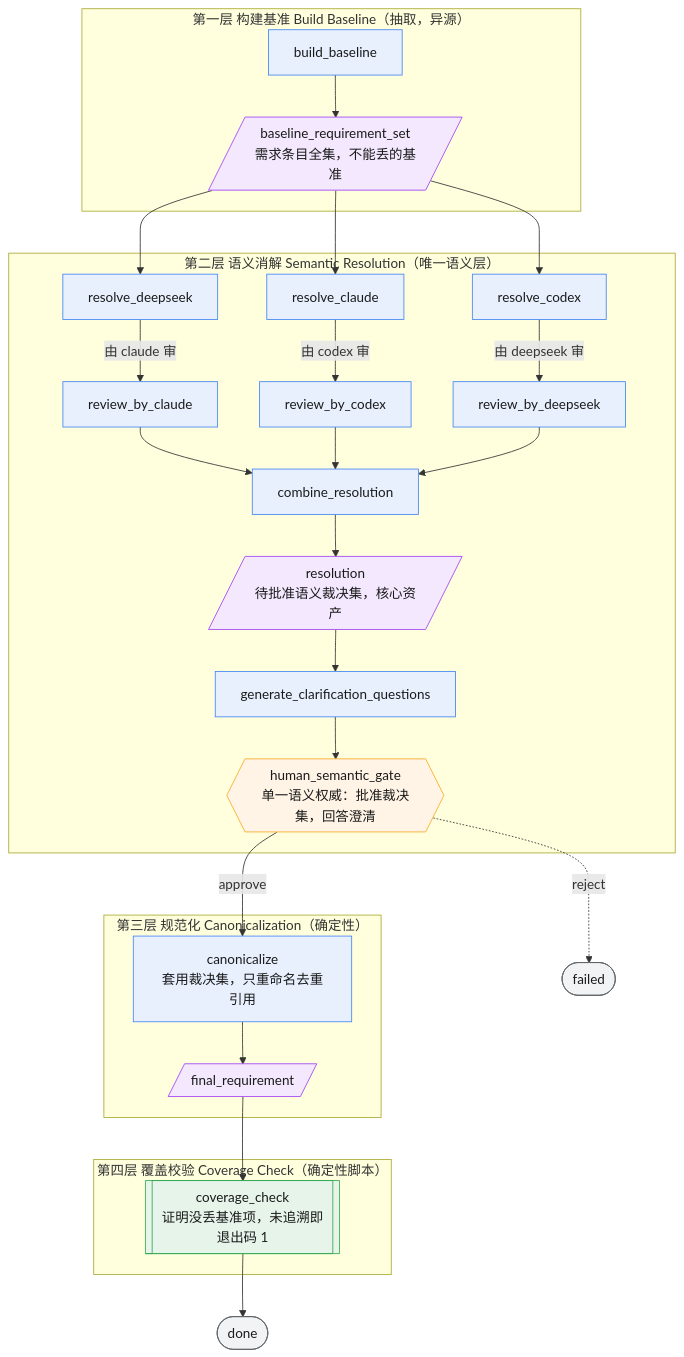
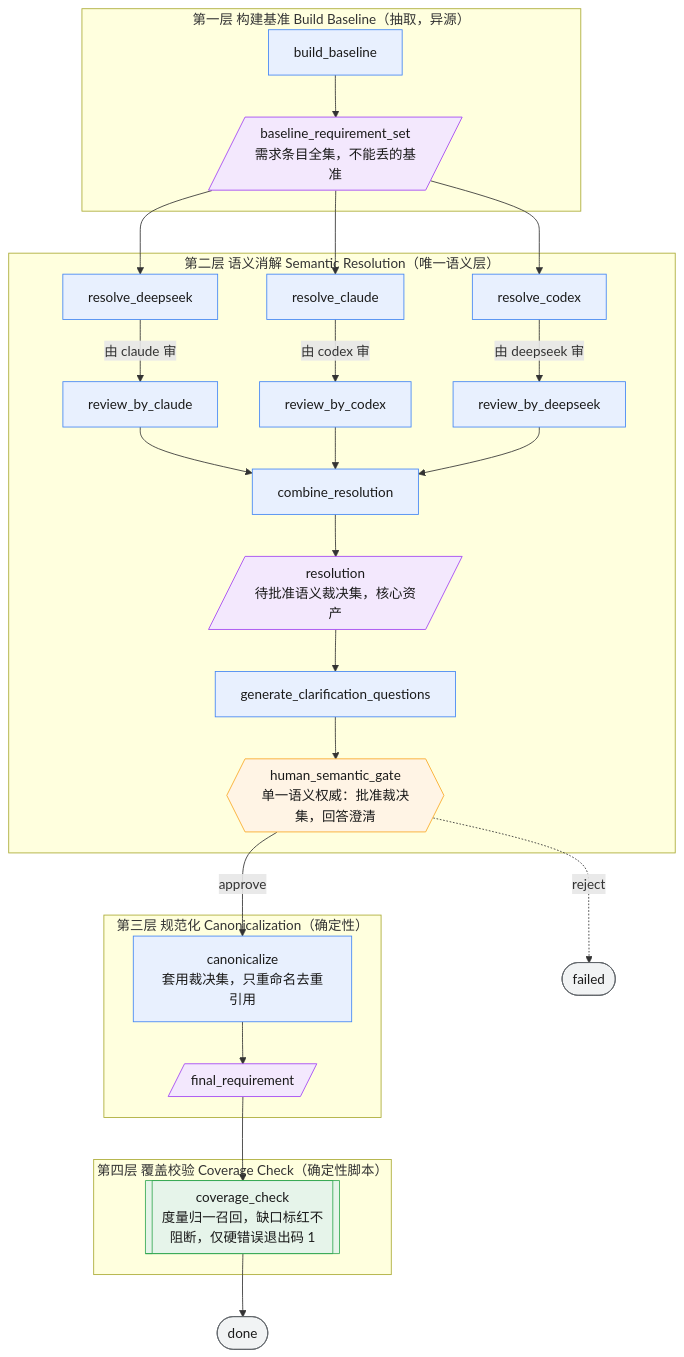
Before and after one commit to fengxinyhyl/agent-workflow: the diagram in workflows/requirement-understanding/README.md, drawn with Mermaid. The commit also changed other lines of this file and 18 other files, not shown here.

````diff
--- a/workflows/requirement-understanding/README.md
+++ b/workflows/requirement-understanding/README.md
@@ -27,57 +27,57 @@
 ```mermaid
 flowchart TD
     subgraph L1["第一层 构建基准 Build Baseline（抽取，异源）"]
         BB["build_baseline"]
         BRS[/"baseline_requirement_set<br/>需求条目全集，不能丢的基准"/]
         BB --> BRS
     end
 
     subgraph L2["第二层 语义消解 Semantic Resolution（唯一语义层）"]
         RD["resolve_deepseek"]
         RC["resolve_claude"]
         RX["resolve_codex"]
         RVC["review_by_claude"]
         RVX["review_by_codex"]
         RVD["review_by_deepseek"]
         CR["combine_resolution"]
         RES[/"resolution<br/>待批准语义裁决集，核心资产"/]
         GCQ["generate_clarification_questions"]
         HG{{"human_semantic_gate<br/>单一语义权威：批准裁决集，回答澄清"}}
         RD -->|"由 claude 审"| RVC
         RC -->|"由 codex 审"| RVX
         RX -->|"由 deepseek 审"| RVD
         RVC --> CR
         RVX --> CR
         RVD --> CR
         CR --> RES --> GCQ --> HG
     end
 
     subgraph L3["第三层 规范化 Canonicalization（确定性）"]
         CANON["canonicalize<br/>套用裁决集，只重命名去重引用"]
         FR[/"final_requirement"/]
         CANON --> FR
     end
 
     subgraph L4["第四层 覆盖校验 Coverage Check（确定性脚本）"]
-        COV[["coverage_check<br/>证明没丢基准项，未追溯即退出码 1"]]
+        COV[["coverage_check<br/>度量归一召回，缺口标红不阻断，仅硬错误退出码 1"]]
     end
 
     BRS --> RD
     BRS --> RC
     BRS --> RX
     HG -->|"approve"| CANON
     HG -.->|"reject"| FAIL(["failed"])
     FR --> COV
     COV --> DONE(["done"])
 
     classDef model fill:#e8f0fe,stroke:#4285f4,color:#1a1a1a;
     classDef gate fill:#fff4e5,stroke:#f9a825,color:#1a1a1a;
     classDef script fill:#e6f4ea,stroke:#34a853,color:#1a1a1a;
     classDef artifact fill:#f3e8fd,stroke:#a142f4,color:#1a1a1a;
     classDef term fill:#f1f3f4,stroke:#5f6368,color:#1a1a1a;
     class BB,RD,RC,RX,RVC,RVX,RVD,CR,GCQ,CANON model;
     class HG gate;
     class COV script;
     class BRS,RES,FR artifact;
     class DONE,FAIL term;
 ```
````
